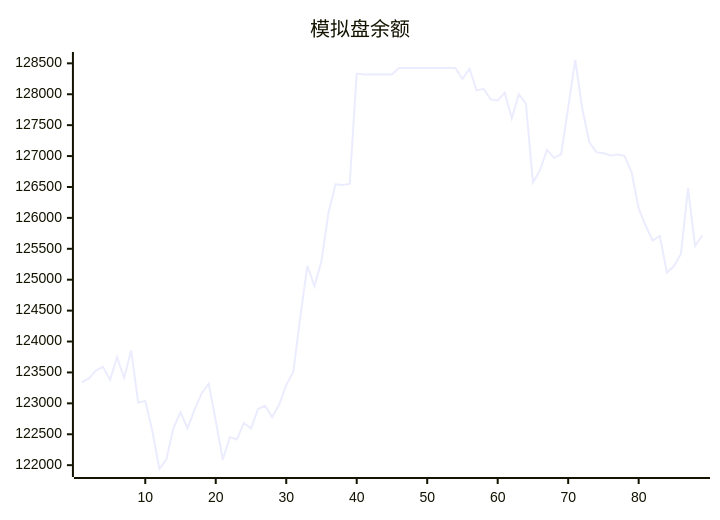
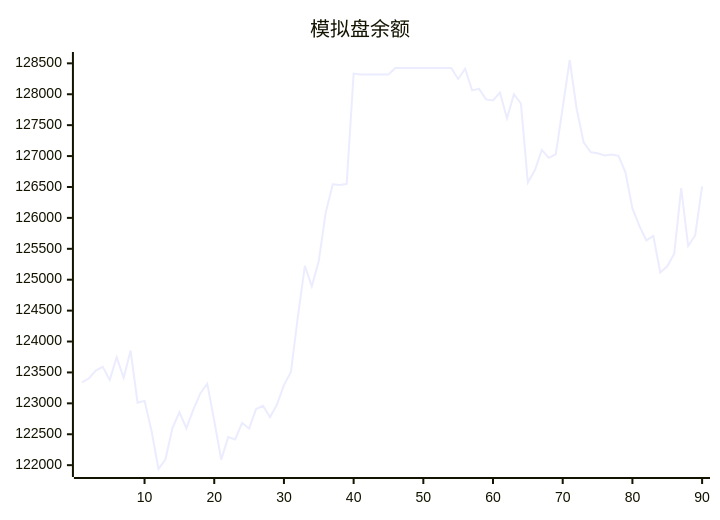
One commit to aahl/ai-trading changed the diagram in README.md. Above: the diagram before and after it, drawn with Mermaid. The commit also changed other lines of this file and 1 other file, not shown here.

````diff
--- a/README.md
+++ b/README.md
@@ -5,5 +5,5 @@
 ```mermaid
 xychart
     title "模拟盘余额"
-    line [123338,123402,123530,123592,123378,123745,123413,123853,123009,123040,122557,121938,122095,122599,122856,122597,122898,123160,123319,122719,122087,122454,122416,122685,122592,122907,122961,122776,122981,123295,123507,124403,125224,124894,125303,126088,126544,126534,126549,128335,128318,128318,128318,128318,128318,128424,128424,128424,128424,128424,128424,128424,128424,128424,128247,128412,128062,128087,127917,127901,128026,127611,128000,127850,126572,126770,127100,126971,127029,127783,128554,127765,127224,127064,127044,127009,127025,127004,126738,126152,125871,125635,125707,125117,125217,125420,126480,125545,125715]
+    line [123338,123402,123530,123592,123378,123745,123413,123853,123009,123040,122557,121938,122095,122599,122856,122597,122898,123160,123319,122719,122087,122454,122416,122685,122592,122907,122961,122776,122981,123295,123507,124403,125224,124894,125303,126088,126544,126534,126549,128335,128318,128318,128318,128318,128318,128424,128424,128424,128424,128424,128424,128424,128424,128424,128247,128412,128062,128087,127917,127901,128026,127611,128000,127850,126572,126770,127100,126971,127029,127783,128554,127765,127224,127064,127044,127009,127025,127004,126738,126152,125871,125635,125707,125117,125217,125420,126480,125545,125715,126511]
 ```
````
